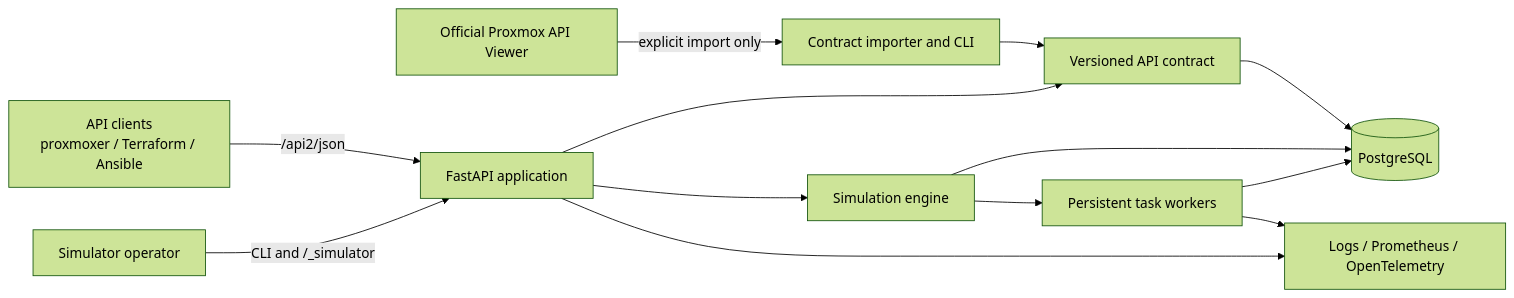
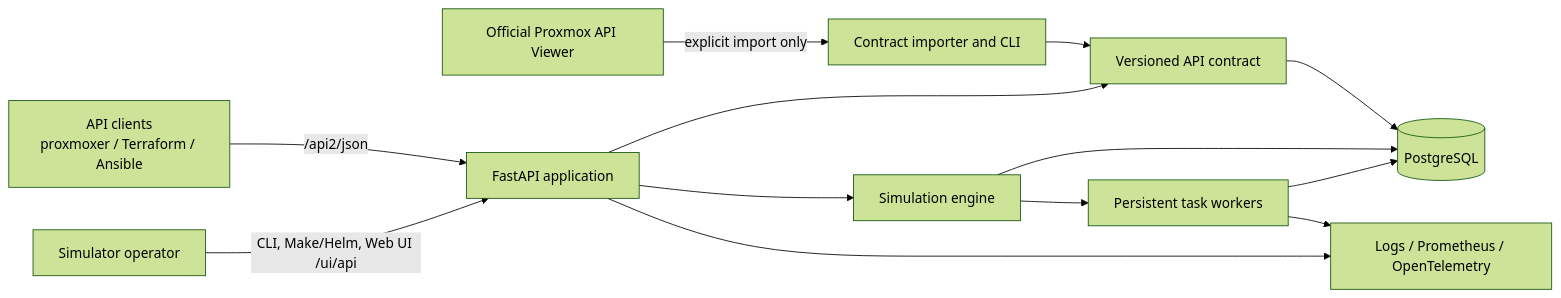
The first of 2 diagrams in docs/architecture.md (sergeyantropoff/proxmox-api-simulator), drawn with Mermaid (forest theme) before and after one commit. The commit also changed other lines of this file and 171 other files, not shown here.

````diff
--- a/docs/architecture.md
+++ b/docs/architecture.md
@@ -19,26 +21,26 @@
 ```mermaid
 flowchart LR
     Client["API clients<br/>proxmoxer / Terraform / Ansible"]
     Admin["Simulator operator"]
     Docs["Official Proxmox API Viewer"]
     API["FastAPI application"]
     Importer["Contract importer and CLI"]
     Contract["Versioned API contract"]
     Engine["Simulation engine"]
     Worker["Persistent task workers"]
     DB[(PostgreSQL)]
     Obs["Logs / Prometheus / OpenTelemetry"]
 
     Client -->|"/api2/json"| API
-    Admin -->|"CLI and /_simulator"| API
+    Admin -->|"CLI, Make/Helm, Web UI /ui/api"| API
     Docs -->|"explicit import only"| Importer
     Importer --> Contract
     Contract --> DB
     API --> Contract
     API --> Engine
     Engine --> DB
     Engine --> Worker
     Worker --> DB
     API --> Obs
     Worker --> Obs
 ```
````
